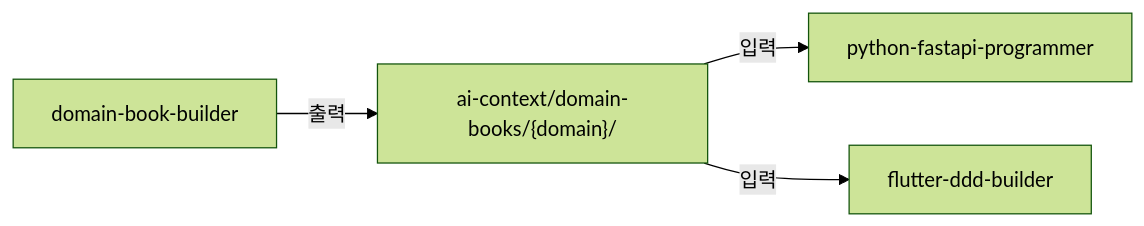
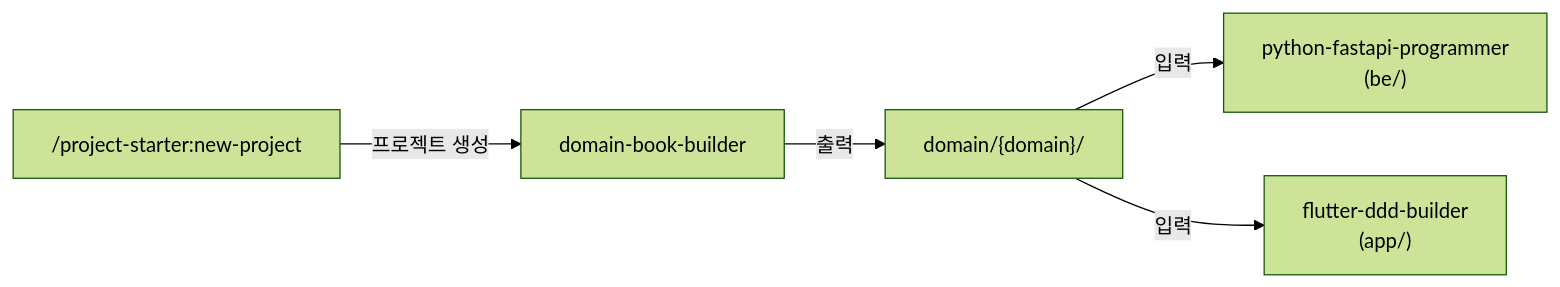
One commit to ureca-corp/claude changed the diagram in AGENTS.md. Above: the diagram before and after it, drawn with Mermaid (forest theme). The commit also changed other lines of this file and 5 other files, not shown here.

First line of the commit message:
feat(project-starter): 모노레포 기반 프로젝트 scaffolding 플러그인 추가

````diff
--- a/AGENTS.md
+++ b/AGENTS.md
@@ -74,6 +75,7 @@
 ```mermaid
 flowchart LR
-    A[domain-book-builder] -->|출력| B["ai-context/domain-books/{domain}/"]
-    B -->|입력| C[python-fastapi-programmer]
-    B -->|입력| D[flutter-ddd-builder]
+    S["/project-starter:new-project"] -->|프로젝트 생성| A
+    A[domain-book-builder] -->|출력| B["domain/{domain}/"]
+    B -->|입력| C["python-fastapi-programmer<br/>(be/)"]
+    B -->|입력| D["flutter-ddd-builder<br/>(app/)"]
 ```
````
